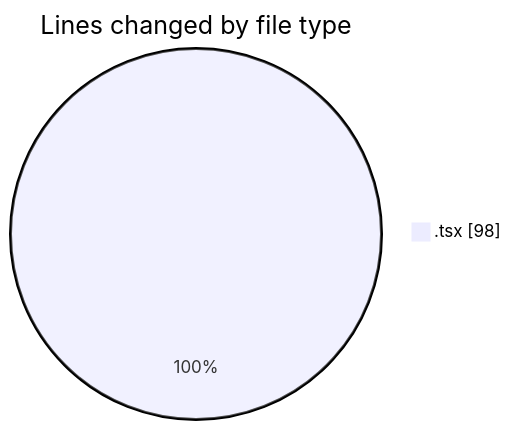
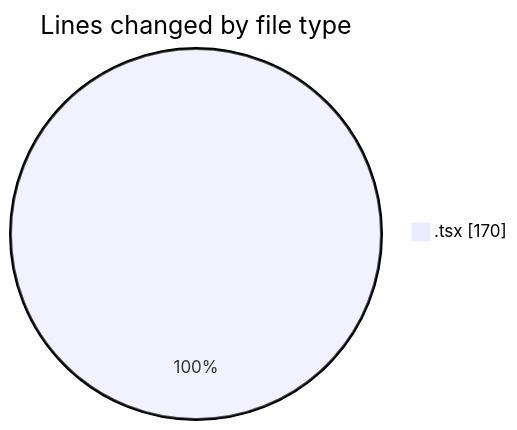
Before and after one commit to robertbonfada/code-tracking: the first of 2 diagrams in 2025-03-10/mbc-web/README.md, drawn with Mermaid. The commit also changed other lines of this file and 1 other file, not shown here.

````diff
--- a/2025-03-10/mbc-web/README.md
+++ b/2025-03-10/mbc-web/README.md
@@ -26,5 +27,5 @@
 ```mermaid
 pie showData
 title Lines changed by file type
-".tsx" : 98
+".tsx" : 170
 ```
````
